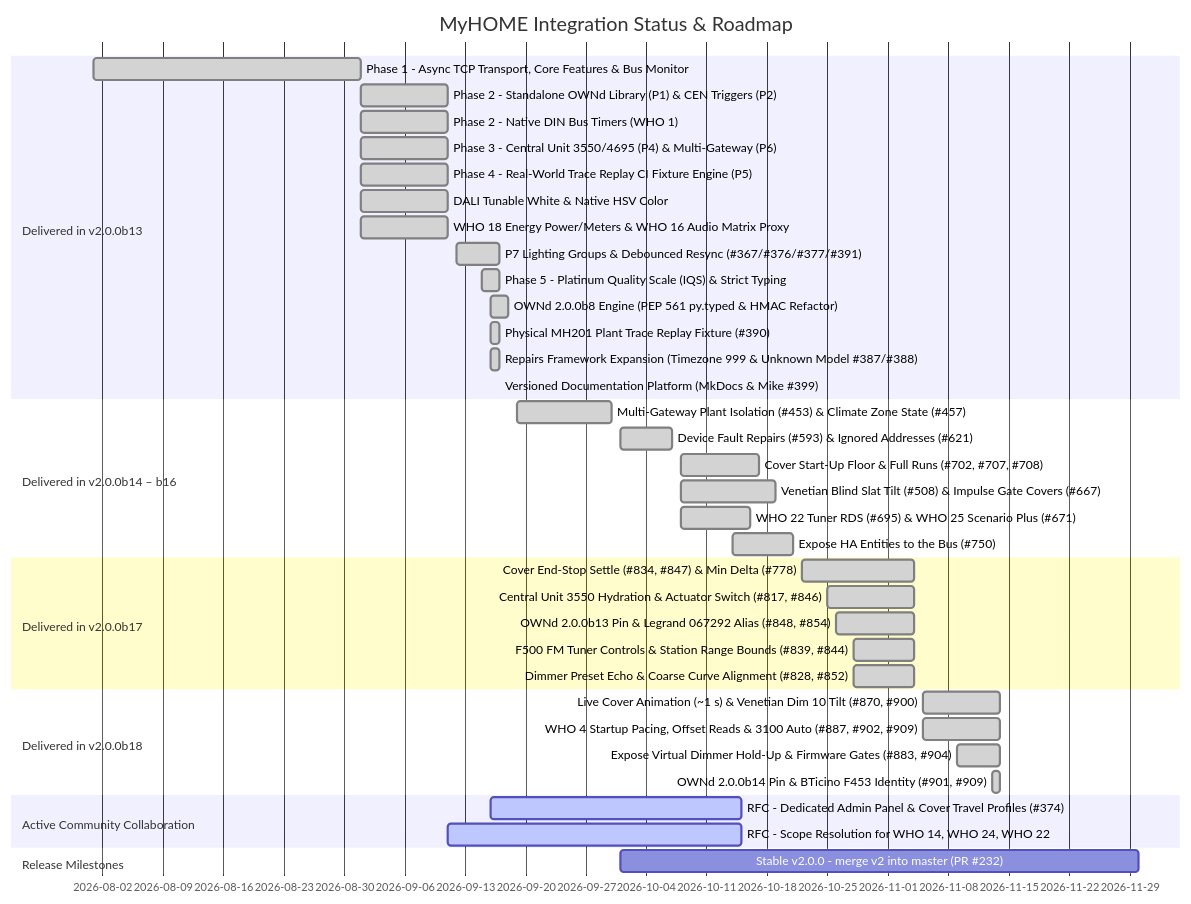
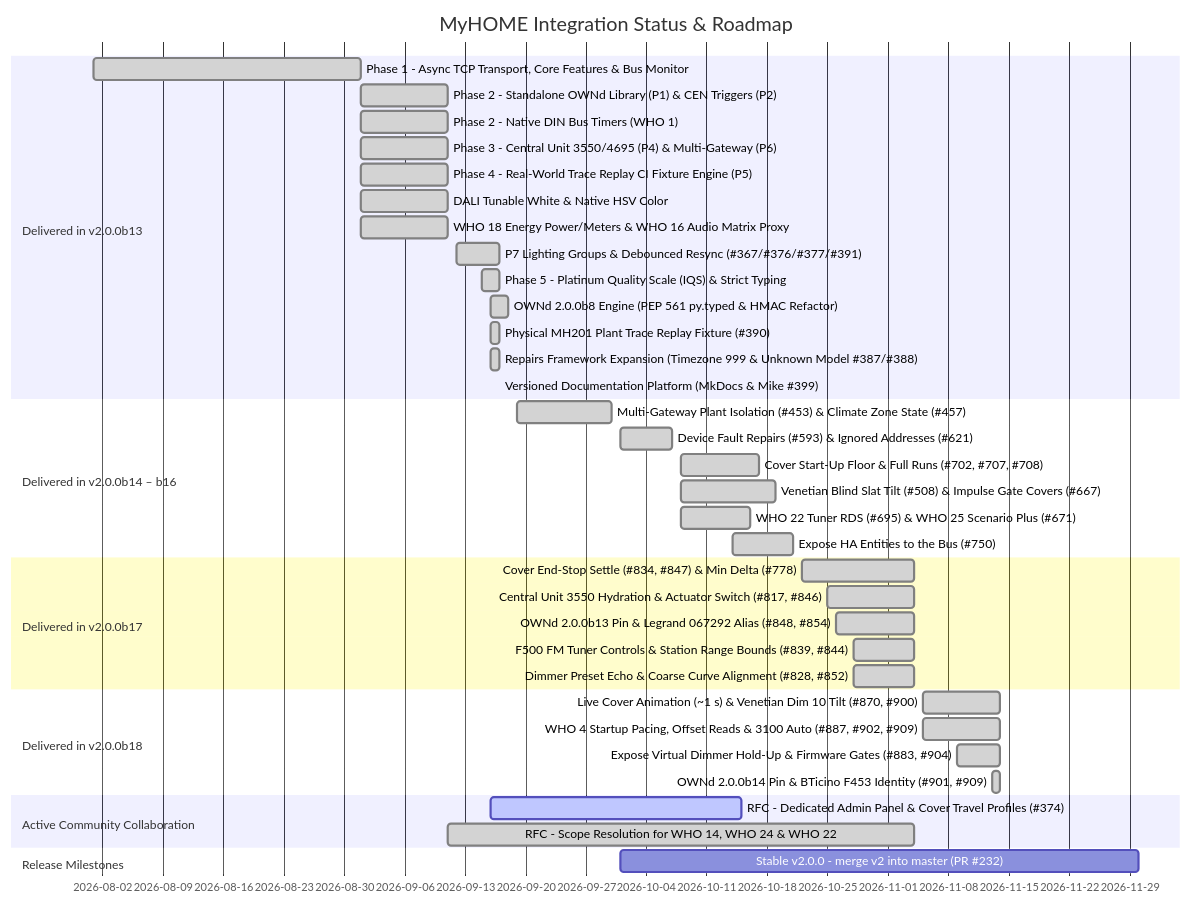
The first of 3 diagrams in ROADMAP.md (OpenWebNet-HA/MyHOME), drawn with Mermaid before and after one commit. The commit also changed other lines of this file and 9 other files, not shown here.

Commit message:
docs: fix WHO 22 roadmap status, drop stale f454 page, and auto-sync roadmap coverage tables

````diff
--- a/ROADMAP.md
+++ b/ROADMAP.md
@@ -13,42 +13,42 @@
 ```mermaid
 gantt
     title MyHOME Integration Status & Roadmap
     dateFormat  YYYY-MM-DD
     section Delivered in v2.0.0b13
     Phase 1 - Async TCP Transport, Core Features & Bus Monitor      :done, 2026-08-01, 2026-09-01
     Phase 2 - Standalone OWNd Library (P1) & CEN Triggers (P2)      :done, 2026-09-01, 2026-09-11
     Phase 2 - Native DIN Bus Timers (WHO 1)                         :done, 2026-09-01, 2026-09-11
     Phase 3 - Central Unit 3550/4695 (P4) & Multi-Gateway (P6)      :done, 2026-09-01, 2026-09-11
     Phase 4 - Real-World Trace Replay CI Fixture Engine (P5)        :done, 2026-09-01, 2026-09-11
     DALI Tunable White & Native HSV Color                           :done, 2026-09-01, 2026-09-11
     WHO 18 Energy Power/Meters & WHO 16 Audio Matrix Proxy          :done, 2026-09-01, 2026-09-11
     P7 Lighting Groups & Debounced Resync (#367/#376/#377/#391)     :done, 2026-09-12, 2026-09-17
     Phase 5 - Platinum Quality Scale (IQS) & Strict Typing          :done, 2026-09-15, 2026-09-17
     OWNd 2.0.0b8 Engine (PEP 561 py.typed & HMAC Refactor)          :done, 2026-09-16, 2026-09-18
     Physical MH201 Plant Trace Replay Fixture (#390)                :done, 2026-09-16, 2026-09-17
     Repairs Framework Expansion (Timezone 999 & Unknown Model #387/#388) :done, 2026-09-16, 2026-09-17
     Versioned Documentation Platform (MkDocs & Mike #399)           :done, 2026-09-17, 2026-09-17
     section Delivered in v2.0.0b14 – b16
     Multi-Gateway Plant Isolation (#453) & Climate Zone State (#457) :done, 2026-09-19, 2026-09-30
     Device Fault Repairs (#593) & Ignored Addresses (#621)          :done, 2026-10-01, 2026-10-07
     Cover Start-Up Floor & Full Runs (#702, #707, #708)             :done, 2026-10-08, 2026-10-17
     Venetian Blind Slat Tilt (#508) & Impulse Gate Covers (#667)    :done, 2026-10-08, 2026-10-19
     WHO 22 Tuner RDS (#695) & WHO 25 Scenario Plus (#671)           :done, 2026-10-08, 2026-10-16
     Expose HA Entities to the Bus (#750)                            :done, 2026-10-14, 2026-10-21
     section Delivered in v2.0.0b17
     Cover End-Stop Settle (#834, #847) & Min Delta (#778)           :done, 2026-10-22, 2026-11-04
     Central Unit 3550 Hydration & Actuator Switch (#817, #846)       :done, 2026-10-25, 2026-11-04
     OWNd 2.0.0b13 Pin & Legrand 067292 Alias (#848, #854)           :done, 2026-10-26, 2026-11-04
     F500 FM Tuner Controls & Station Range Bounds (#839, #844)       :done, 2026-10-28, 2026-11-04
     Dimmer Preset Echo & Coarse Curve Alignment (#828, #852)         :done, 2026-10-28, 2026-11-04
     section Delivered in v2.0.0b18
     Live Cover Animation (~1 s) & Venetian Dim 10 Tilt (#870, #900)  :done, 2026-11-05, 2026-11-14
     WHO 4 Startup Pacing, Offset Reads & 3100 Auto (#887, #902, #909) :done, 2026-11-05, 2026-11-14
     Expose Virtual Dimmer Hold-Up & Firmware Gates (#883, #904)      :done, 2026-11-09, 2026-11-14
     OWNd 2.0.0b14 Pin & BTicino F453 Identity (#901, #909)           :done, 2026-11-13, 2026-11-14
     section Active Community Collaboration
     RFC - Dedicated Admin Panel & Cover Travel Profiles (#374)      :active, 2026-09-16, 2026-10-15
-    RFC - Scope Resolution for WHO 14, WHO 24, WHO 22               :active, 2026-09-11, 2026-10-15
+    RFC - Scope Resolution for WHO 14, WHO 24 & WHO 22              :done, 2026-09-11, 2026-11-04
     section Release Milestones
     Stable v2.0.0 - merge v2 into master (PR #232)                  :2026-10-01, 2026-11-30
 ```
````
